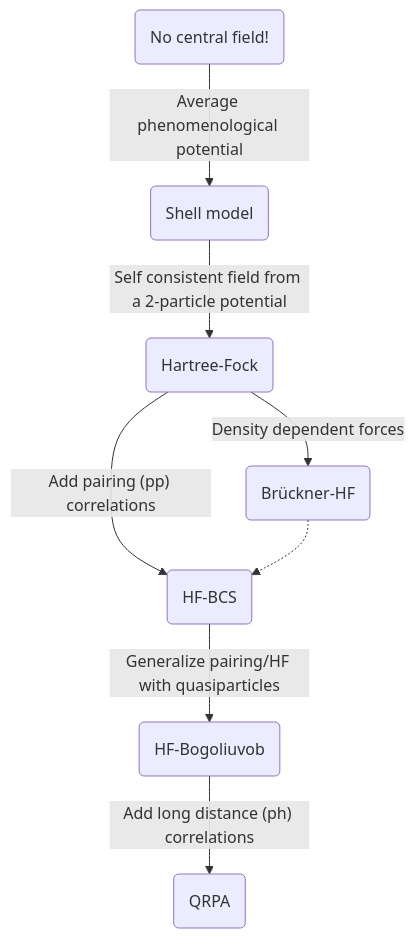
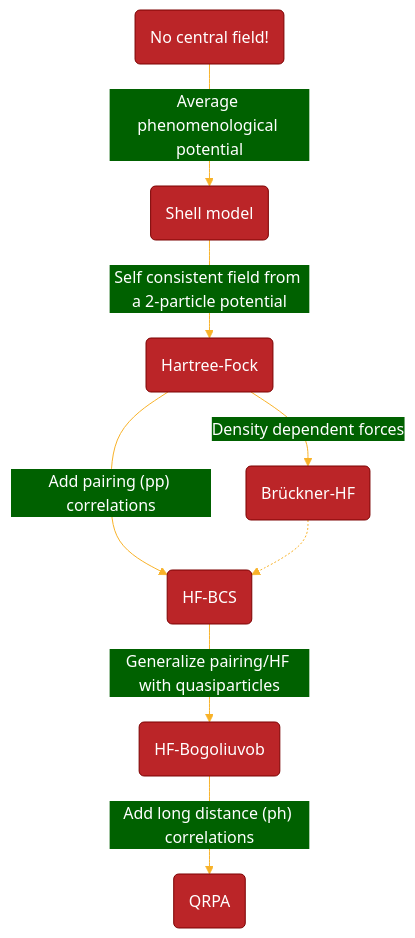
The diagram in src/site/notes/Neutrino-nucleus/Mean field theory.md (Pabce/many-stupid-notes), drawn with Mermaid before and after one commit.

Commit message:
Update note Neutrino-nucleus/Mean field theory.md

````diff
--- a/src/site/notes/Neutrino-nucleus/Mean field theory.md
+++ b/src/site/notes/Neutrino-nucleus/Mean field theory.md
@@ -6,18 +6,19 @@
 ```mermaid
-flowchart TD
-    id1(No central field!)
-    id2(Shell model)
-    id3(Hartree-Fock)
-    id4(HF-BCS)
-    id5(HF-Bogoliuvob)
-    id6(QRPA)
-    id7(Brückner-HF)
-    
-    id1-->|Average phenomenological potential|id2
-    id2-->|Self consistent field from a 2-particle potential|id3
-    id3-->|"Add pairing (pp) correlations"|id4
-    id4-->|Generalize pairing/HF with quasiparticles|id5
-    id5-->|"Add long distance (ph) correlations"|id6
-    id3-->|Density dependent forces|id7
-    id7-.->id4
+%%{ init: { 'theme': 'base', 'themeVariables': { 'primaryColor': '#BB2528', 'primaryTextColor': '#fff', 'primaryBorderColor': '#7C0000', 'lineColor': '#F8B229', 'secondaryColor': '#006100', 'tertiaryColor': '#fff' } } }%%
+    flowchart TD
+        id1(No central field!)
+        id2(Shell model)
+        id3(Hartree-Fock)
+        id4(HF-BCS)
+        id5(HF-Bogoliuvob)
+        id6(QRPA)
+        id7(Brückner-HF)
+        
+        id1-->|Average phenomenological potential|id2
+        id2-->|Self consistent field from a 2-particle potential|id3
+        id3-->|"Add pairing (pp) correlations"|id4
+        id4-->|Generalize pairing/HF with quasiparticles|id5
+        id5-->|"Add long distance (ph) correlations"|id6
+        id3-->|Density dependent forces|id7
+        id7-.->id4
 ```
````
